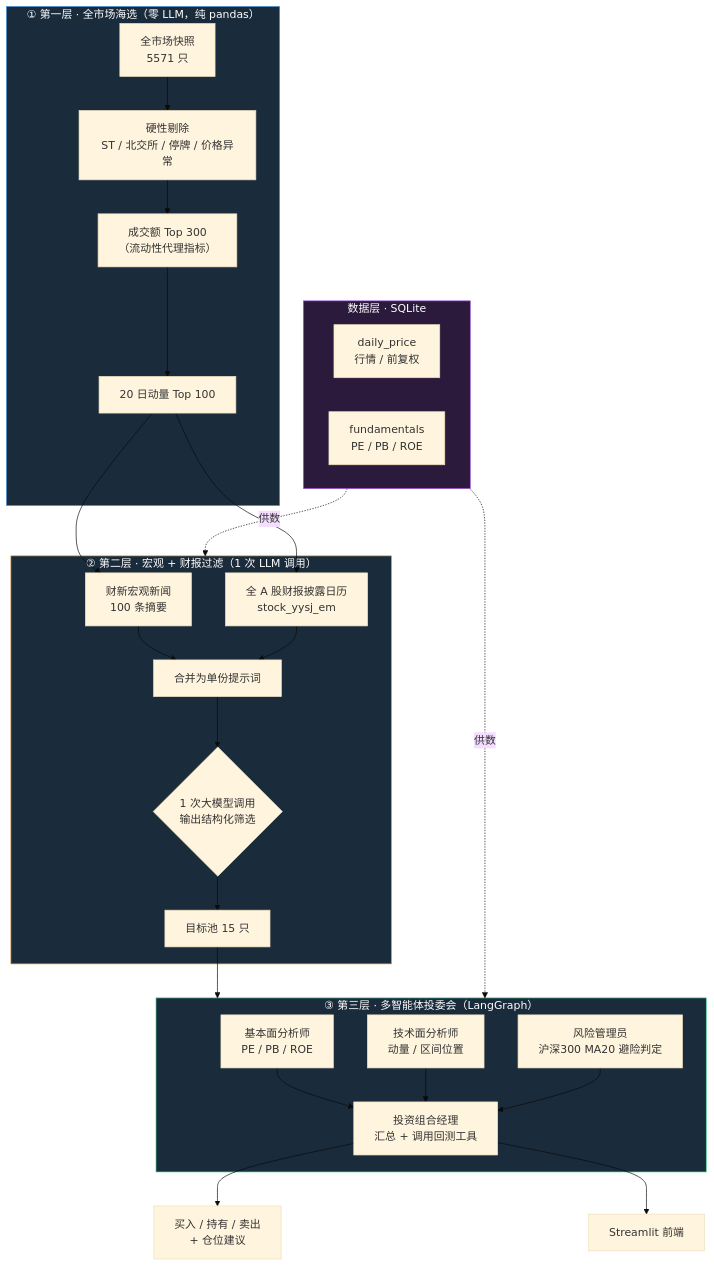
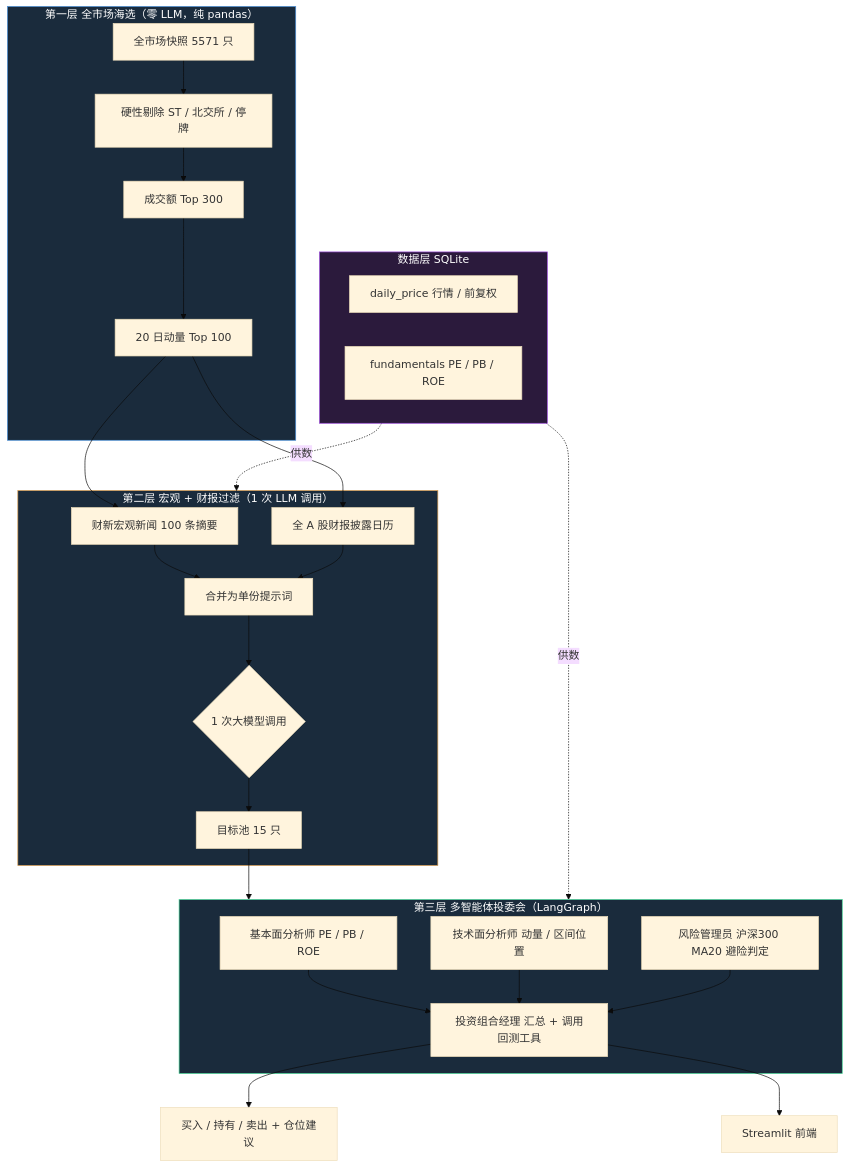
Before and after one commit to yrd-go/quant-harness: the diagram in README.md, drawn with Mermaid (base theme). The commit also changed other lines of this file, not shown here.

Commit message:
fix(docs): 修复 README 图片无法加载与 Mermaid 渲染失败
- 移除图片引用的 ?raw=true 参数：相对路径带查询参数会触发 GitHub CSP，
  导致 4 张截图全部显示为碎图
- 修正 Mermaid 非法边标签语法：-. label .-> 改为 -.->|label|
  （一处语法错会导致整图 'Unable to render rich display'）
- 移除 <br/> 换行标签、圆圈数字、间隔号等严格模式下的高风险语法

````diff
--- a/README.md
+++ b/README.md
@@ -27,42 +27,42 @@
 ```mermaid
 flowchart TB
-    subgraph L1["① 第一层 · 全市场海选（零 LLM，纯 pandas）"]
-        A1["全市场快照<br/>5571 只"] --> A2["硬性剔除<br/>ST / 北交所 / 停牌 / 价格异常"]
-        A2 --> A3["成交额 Top 300<br/>（流动性代理指标）"]
+    subgraph L1["第一层 全市场海选（零 LLM，纯 pandas）"]
+        A1["全市场快照 5571 只"] --> A2["硬性剔除 ST / 北交所 / 停牌"]
+        A2 --> A3["成交额 Top 300"]
         A3 --> A4["20 日动量 Top 100"]
     end
 
-    subgraph L2["② 第二层 · 宏观 + 财报过滤（1 次 LLM 调用）"]
-        B1["财新宏观新闻<br/>100 条摘要"] --> B3["合并为单份提示词"]
-        B2["全 A 股财报披露日历<br/>stock_yysj_em"] --> B3
-        B3 --> B4{"1 次大模型调用<br/>输出结构化筛选"}
+    subgraph L2["第二层 宏观 + 财报过滤（1 次 LLM 调用）"]
+        B1["财新宏观新闻 100 条摘要"] --> B3["合并为单份提示词"]
+        B2["全 A 股财报披露日历"] --> B3
+        B3 --> B4{"1 次大模型调用"}
         B4 --> B5["目标池 15 只"]
     end
 
-    subgraph L3["③ 第三层 · 多智能体投委会（LangGraph）"]
-        C1["基本面分析师<br/>PE / PB / ROE"]
-        C2["技术面分析师<br/>动量 / 区间位置"]
-        C3["风险管理员<br/>沪深300 MA20 避险判定"]
-        C1 --> C4["投资组合经理<br/>汇总 + 调用回测工具"]
+    subgraph L3["第三层 多智能体投委会（LangGraph）"]
+        C1["基本面分析师 PE / PB / ROE"]
+        C2["技术面分析师 动量 / 区间位置"]
+        C3["风险管理员 沪深300 MA20 避险判定"]
+        C1 --> C4["投资组合经理 汇总 + 调用回测工具"]
         C2 --> C4
         C3 --> C4
     end
 
-    subgraph DL["数据层 · SQLite"]
-        D1["daily_price<br/>行情 / 前复权"]
-        D2["fundamentals<br/>PE / PB / ROE"]
+    subgraph DL["数据层 SQLite"]
+        D1["daily_price 行情 / 前复权"]
+        D2["fundamentals PE / PB / ROE"]
     end
 
     A4 --> B1
     A4 --> B2
     B5 --> L3
-    DL -. 供数 .-> L2
-    DL -. 供数 .-> L3
-    C4 --> E1["买入 / 持有 / 卖出<br/>+ 仓位建议"]
+    DL -.->|供数| L2
+    DL -.->|供数| L3
+    C4 --> E1["买入 / 持有 / 卖出 + 仓位建议"]
     C4 --> E2["Streamlit 前端"]
 
     style L1 fill:#1a2b3c,stroke:#4a90d9,color:#fff
     style L2 fill:#1a2b3c,stroke:#d99a4a,color:#fff
     style L3 fill:#1a2b3c,stroke:#4ad99a,color:#fff
     style DL fill:#2b1a3c,stroke:#9a4ad9,color:#fff
 ```
````
